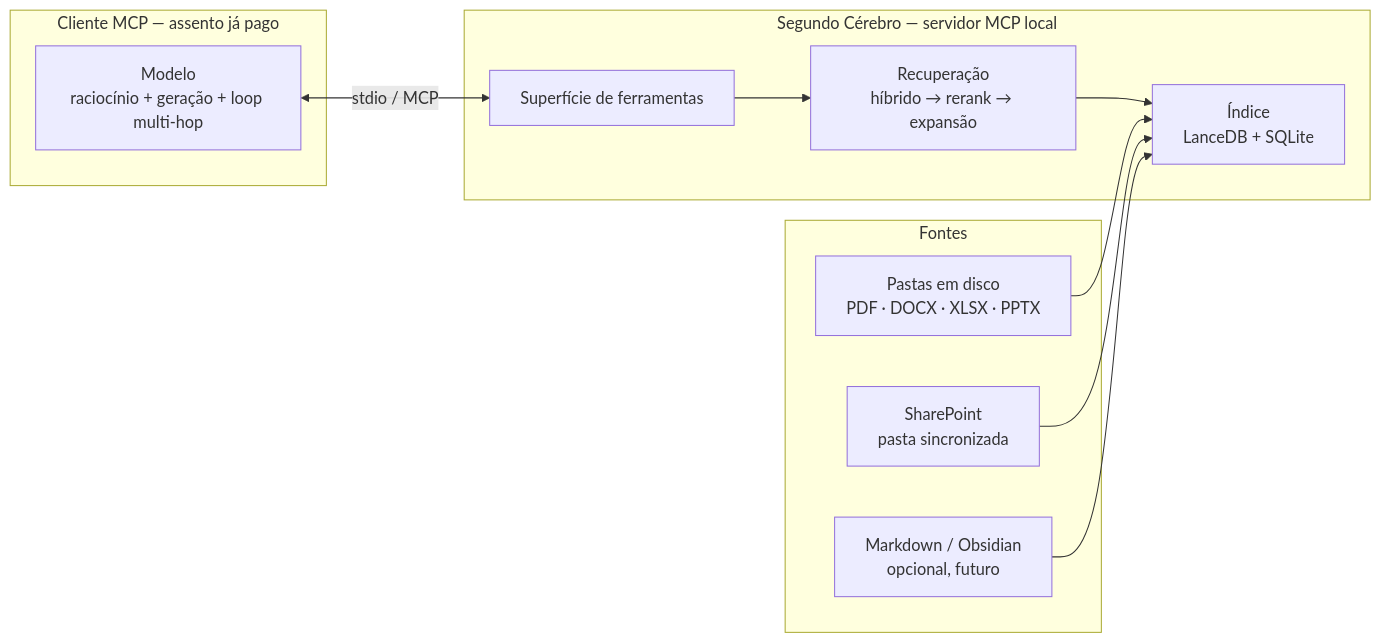
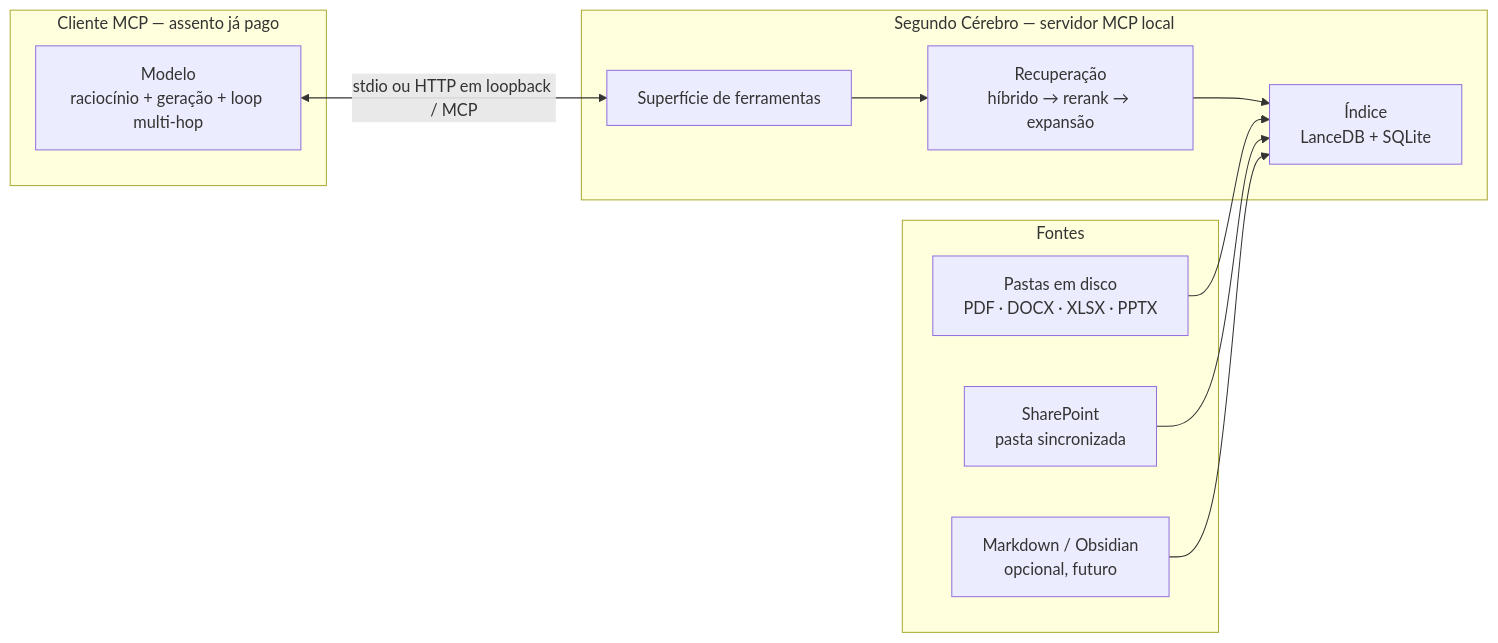
One commit to GCamposGit/SegundoCerebro changed the diagram in ARCHITECTURE.md. Above: the diagram before and after it, drawn with Mermaid. The commit also changed other lines of this file and 6 other files, not shown here.

First line of the commit message:
feat: servir o MCP em loopback com token

````diff
--- a/ARCHITECTURE.md
+++ b/ARCHITECTURE.md
@@ -52,24 +52,24 @@
 ```mermaid
 flowchart LR
     subgraph client["Cliente MCP — assento já pago"]
         M["Modelo<br/>raciocínio + geração + loop multi-hop"]
     end
 
     subgraph server["Segundo Cérebro — servidor MCP local"]
         T["Superfície de ferramentas"]
         R["Recuperação<br/>híbrido → rerank → expansão"]
         I["Índice<br/>LanceDB + SQLite"]
     end
 
     subgraph data["Fontes"]
         V["Pastas em disco<br/>PDF · DOCX · XLSX · PPTX"]
         D["SharePoint<br/>pasta sincronizada"]
         O["Markdown / Obsidian<br/>opcional, futuro"]
     end
 
-    M <-->|"stdio / MCP"| T
+    M <-->|"stdio ou HTTP em loopback / MCP"| T
     T --> R --> I
     V --> I
     D --> I
     O --> I
 ```
````
